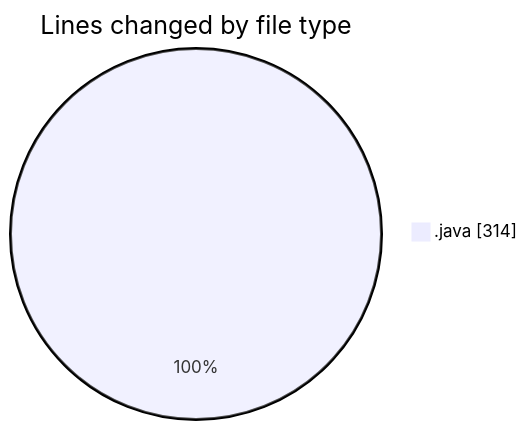
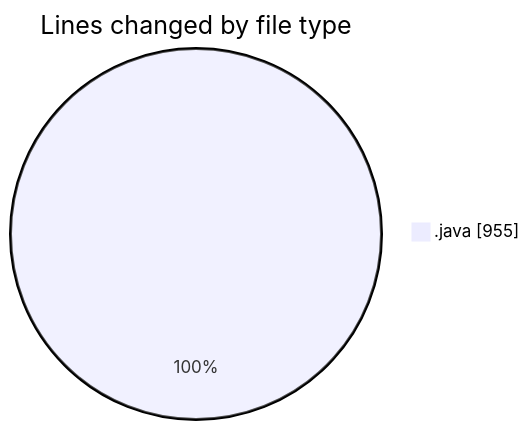
The first of 2 diagrams in 2026-04-13/cilapp/README.md (ricardozamudiocil/code-tracking), drawn with Mermaid before and after one commit. The commit also changed other lines of this file and 1 other file, not shown here.

````diff
--- a/2026-04-13/cilapp/README.md
+++ b/2026-04-13/cilapp/README.md
@@ -20,5 +26,5 @@
 ```mermaid
 pie showData
 title Lines changed by file type
-".java" : 314
+".java" : 955
 ```
````
